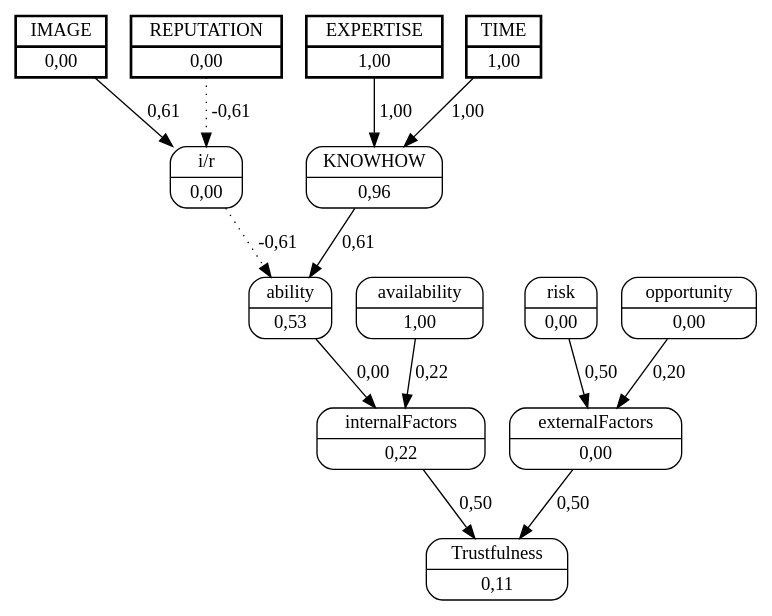
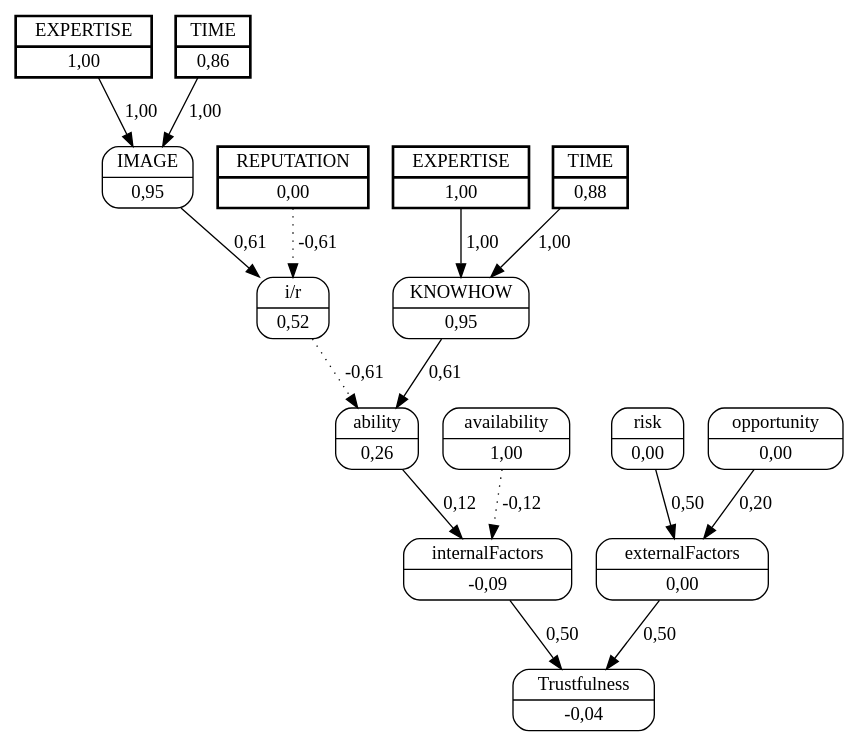
The diagram in unload_boxes/dots/truck_13worker_2.dot (jjbaqueta/unload_experiment), drawn with Graphviz before and after one commit. The commit also changed 297 other files, not shown here.

```diff
--- a/unload_boxes/dots/truck_13worker_2.dot
+++ b/unload_boxes/dots/truck_13worker_2.dot
@@ -1,29 +1,34 @@
 digraph FCM_net{
 	node [shape=record, style=rounded]
-	0 [label="{IMAGE | 0,00}", style=bold, penwidth=2, peripheries=2];
+	11 [label="{EXPERTISE | 1,00}", style=bold, penwidth=2, peripheries=2];
+	12 [label="{TIME | 0,86}", style=bold, penwidth=2, peripheries=2];
 	1 [label="{REPUTATION | 0,00}", style=bold, penwidth=2, peripheries=2];
-	11 [label="{EXPERTISE | 1,00}", style=bold, penwidth=2, peripheries=2];
-	12 [label="{TIME | 1,00}", style=bold, penwidth=2, peripheries=2];
-	0 [label="{IMAGE | 0,00}"];
-	2 [label="{KNOWHOW | 0,96}"];
-	3 [label="{i/r | 0,00}"];
-	4 [label="{ability | 0,53}"];
+	13 [label="{EXPERTISE | 1,00}", style=bold, penwidth=2, peripheries=2];
+	14 [label="{TIME | 0,88}", style=bold, penwidth=2, peripheries=2];
+	0 [label="{IMAGE | 0,95}"];
+	1 [label="{REPUTATION | 0,00}"];
+	2 [label="{KNOWHOW | 0,95}"];
+	3 [label="{i/r | 0,52}"];
+	4 [label="{ability | 0,26}"];
 	5 [label="{availability | 1,00}"];
-	6 [label="{internalFactors | 0,22}"];
+	6 [label="{internalFactors | -0,09}"];
 	7 [label="{risk | 0,00}"];
 	8 [label="{opportunity | 0,00}"];
 	9 [label="{externalFactors | 0,00}"];
-	10 [label="{Trustfulness | 0,11}"];
+	10 [label="{Trustfulness | -0,04}"];
+	11 [label="{EXPERTISE | 1,00}"];
 	0 -> 3 [label = "0,61"];
 	1 -> 3 [label = "-0,61", style=dotted];
 	3 -> 4 [label = "-0,61", style=dotted];
 	2 -> 4 [label = "0,61"];
-	4 -> 6 [label = "0,00"];
-	5 -> 6 [label = "0,22"];
+	4 -> 6 [label = "0,12"];
+	5 -> 6 [label = "-0,12", style=dotted];
 	6 -> 10 [label = "0,50"];
 	7 -> 9 [label = "0,50"];
 	8 -> 9 [label = "0,20"];
 	9 -> 10 [label = "0,50"];
-	11 -> 2 [label = "1,00"];
-	12 -> 2 [label = "1,00"];
+	11 -> 0 [label = "1,00"];
+	12 -> 0 [label = "1,00"];
+	13 -> 2 [label = "1,00"];
+	14 -> 2 [label = "1,00"];
 }
```
